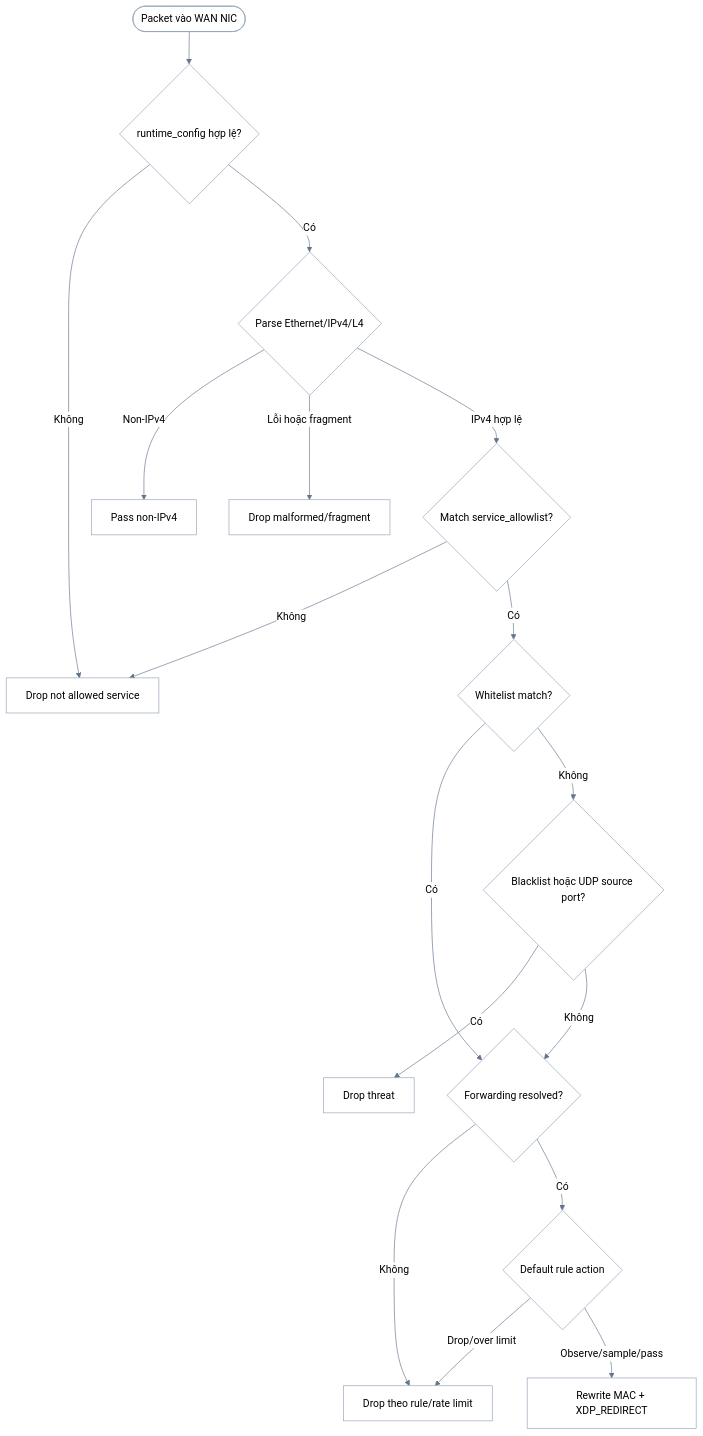
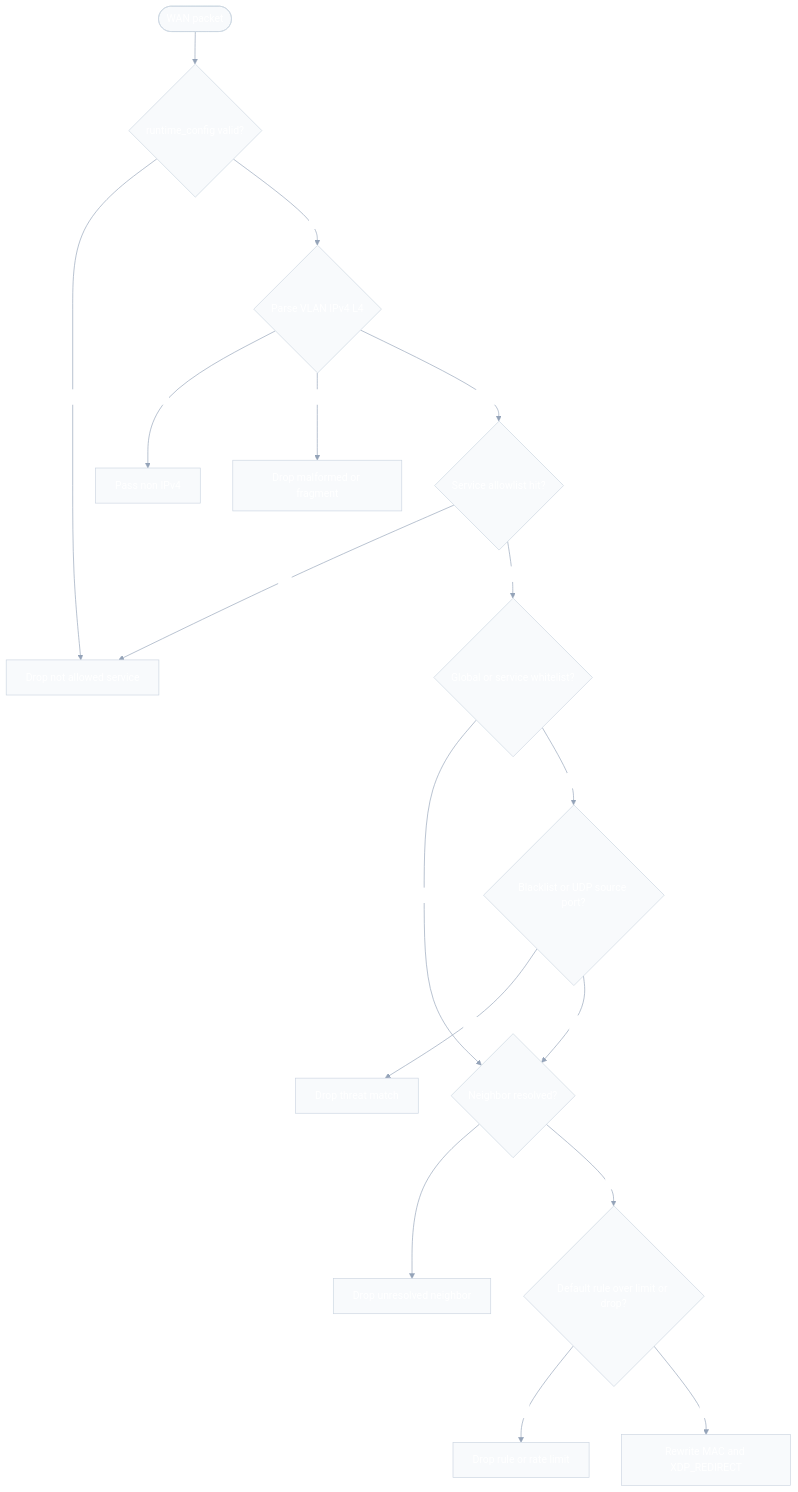
The diagram in docs/diagrams/low-level-design/xdp-hot-path.mmd (ken9xkyo/anti-ddos), drawn with Mermaid before and after one commit. The commit also changed 9 other files, not shown here.

```diff
--- a/docs/diagrams/low-level-design/xdp-hot-path.mmd
+++ b/docs/diagrams/low-level-design/xdp-hot-path.mmd
@@ -1,33 +1,34 @@
-%%{init: {'theme':'base','themeVariables': {'primaryColor':'#f8fafc','primaryTextColor':'#000000','primaryBorderColor':'#94a3b8','lineColor':'#64748b','secondaryColor':'#e0f2fe','tertiaryColor':'#fef3c7','background':'#ffffff','mainBkg':'#ffffff','nodeBorder':'#94a3b8','clusterBkg':'#f8fafc','clusterBorder':'#cbd5e1','titleColor':'#000000','edgeLabelBackground':'#ffffff','textColor':'#000000','nodeTextColor':'#000000','labelTextColor':'#000000'}}}%%
+%%{init: {'theme': 'base', 'themeVariables': {'primaryColor': '#4f46e5', 'primaryTextColor': '#ffffff', 'primaryBorderColor': '#3730a3', 'lineColor': '#94a3b8', 'secondaryColor': '#10b981', 'tertiaryColor': '#f59e0b', 'background': '#ffffff', 'mainBkg': '#f8fafc', 'nodeBorder': '#cbd5e1', 'clusterBkg': '#f1f5f9', 'clusterBorder': '#e2e8f0', 'titleColor': '#1e293b', 'edgeLabelBackground': '#ffffff', 'textColor': '#334155'}}}%%
 flowchart TD
-    packet([Packet vào WAN NIC])
-    runtime{runtime_config hợp lệ?}
-    parse{Parse Ethernet/IPv4/L4}
-    pass[Pass non-IPv4]
-    malformed[Drop malformed/fragment]
-    service{Match service_allowlist?}
-    serviceMiss[Drop not allowed service]
-    whitelist{Whitelist match?}
-    threat{Blacklist hoặc UDP source port?}
-    threatDrop[Drop threat]
-    neighbor{Forwarding resolved?}
-    rule{Default rule action}
-    ruleDrop[Drop theo rule/rate limit]
-    redirect[Rewrite MAC + XDP_REDIRECT]
+    packet([WAN packet])
+    runtime{runtime_config valid?}
+    parse{Parse VLAN IPv4 L4}
+    pass[Pass non IPv4]
+    malformed[Drop malformed or fragment]
+    service{Service allowlist hit?}
+    serviceDrop[Drop not allowed service]
+    whitelist{Global or service whitelist?}
+    threat{Blacklist or UDP source port?}
+    threatDrop[Drop threat match]
+    neighbor{Neighbor resolved?}
+    neighborDrop[Drop unresolved neighbor]
+    rule{Default rule over limit or drop?}
+    ruleDrop[Drop rule or rate limit]
+    redirect[Rewrite MAC and XDP_REDIRECT]
 
     packet --> runtime
-    runtime -- Không --> serviceMiss
-    runtime -- Có --> parse
-    parse -- Non-IPv4 --> pass
-    parse -- Lỗi hoặc fragment --> malformed
-    parse -- IPv4 hợp lệ --> service
-    service -- Không --> serviceMiss
-    service -- Có --> whitelist
-    whitelist -- Có --> neighbor
-    whitelist -- Không --> threat
-    threat -- Có --> threatDrop
-    threat -- Không --> neighbor
-    neighbor -- Không --> ruleDrop
-    neighbor -- Có --> rule
-    rule -- Drop/over limit --> ruleDrop
-    rule -- Observe/sample/pass --> redirect
+    runtime -- No --> serviceDrop
+    runtime -- Yes --> parse
+    parse -- Non IPv4 --> pass
+    parse -- Bad IPv4 or fragment --> malformed
+    parse -- Valid IPv4 --> service
+    service -- No --> serviceDrop
+    service -- Yes --> whitelist
+    whitelist -- Yes --> neighbor
+    whitelist -- No --> threat
+    threat -- Yes --> threatDrop
+    threat -- No --> neighbor
+    neighbor -- No --> neighborDrop
+    neighbor -- Yes --> rule
+    rule -- Yes --> ruleDrop
+    rule -- No --> redirect
```
